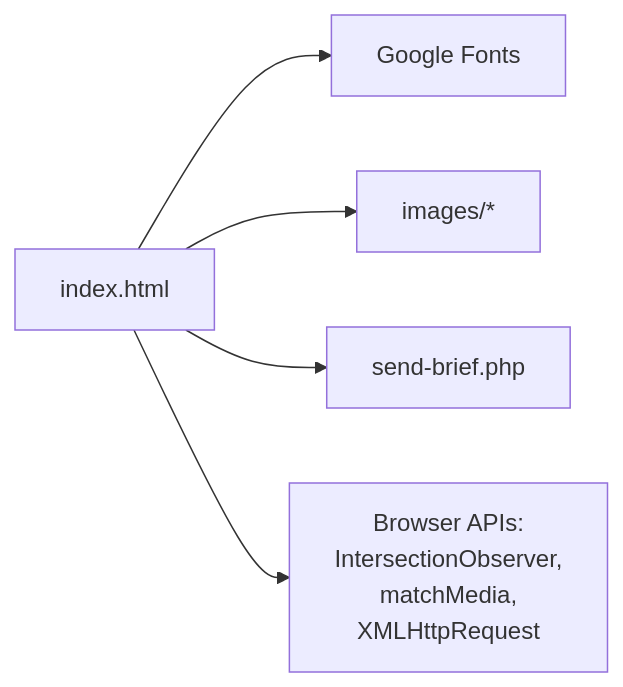
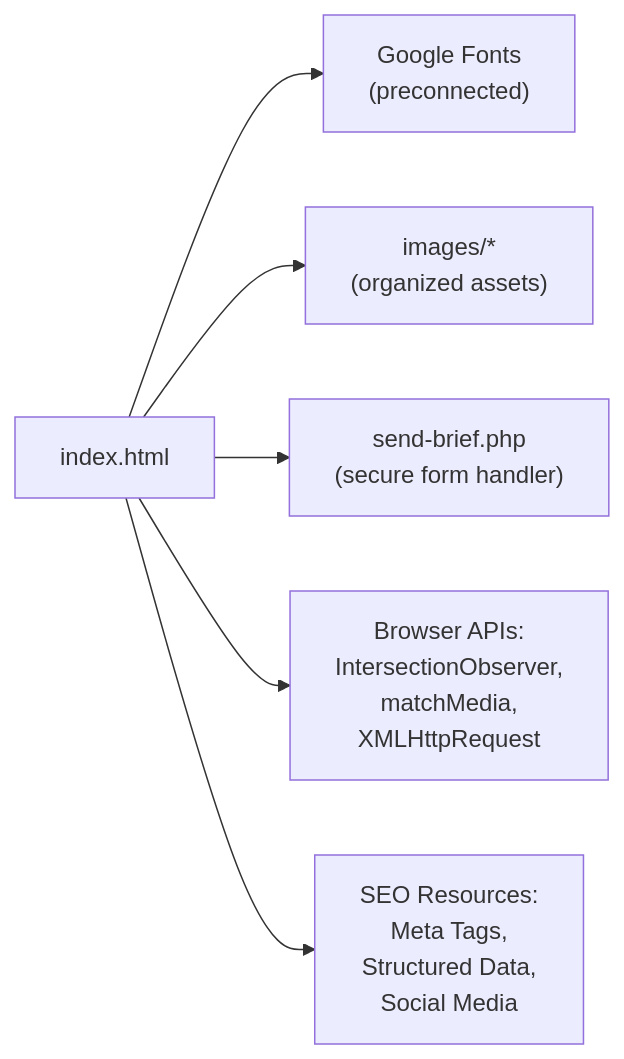
One commit to Vostrikov2014/emoo changed the eighth of 8 diagrams in .qoder/repowiki/en/content/Frontend Implementation.md. Above: the diagram before and after it, drawn with Mermaid. The commit also changed other lines of this file and 14 other files, not shown here.

````diff
--- a/.qoder/repowiki/en/content/Frontend Implementation.md
+++ b/.qoder/repowiki/en/content/Frontend Implementation.md
@@ -254,7 +345,8 @@
 ```mermaid
 graph LR
-H["index.html"] --> F["Google Fonts"]
-H --> I["images/*"]
-H --> J["send-brief.php"]
+H["index.html"] --> F["Google Fonts<br/>(preconnected)"]
+H --> I["images/*<br/>(organized assets)"]
+H --> J["send-brief.php<br/>(secure form handler)"]
 H --> K["Browser APIs:<br/>IntersectionObserver,<br/>matchMedia,<br/>XMLHttpRequest"]
+H --> L["SEO Resources:<br/>Meta Tags,<br/>Structured Data,<br/>Social Media"]
 ```
````
